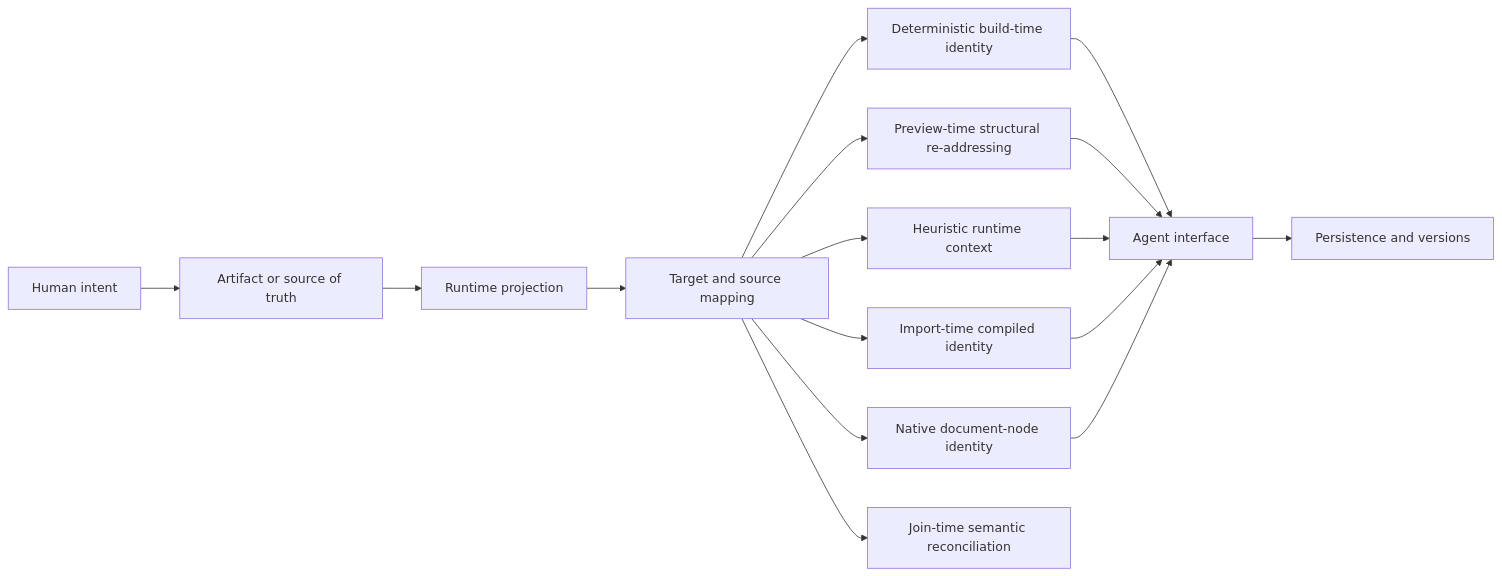
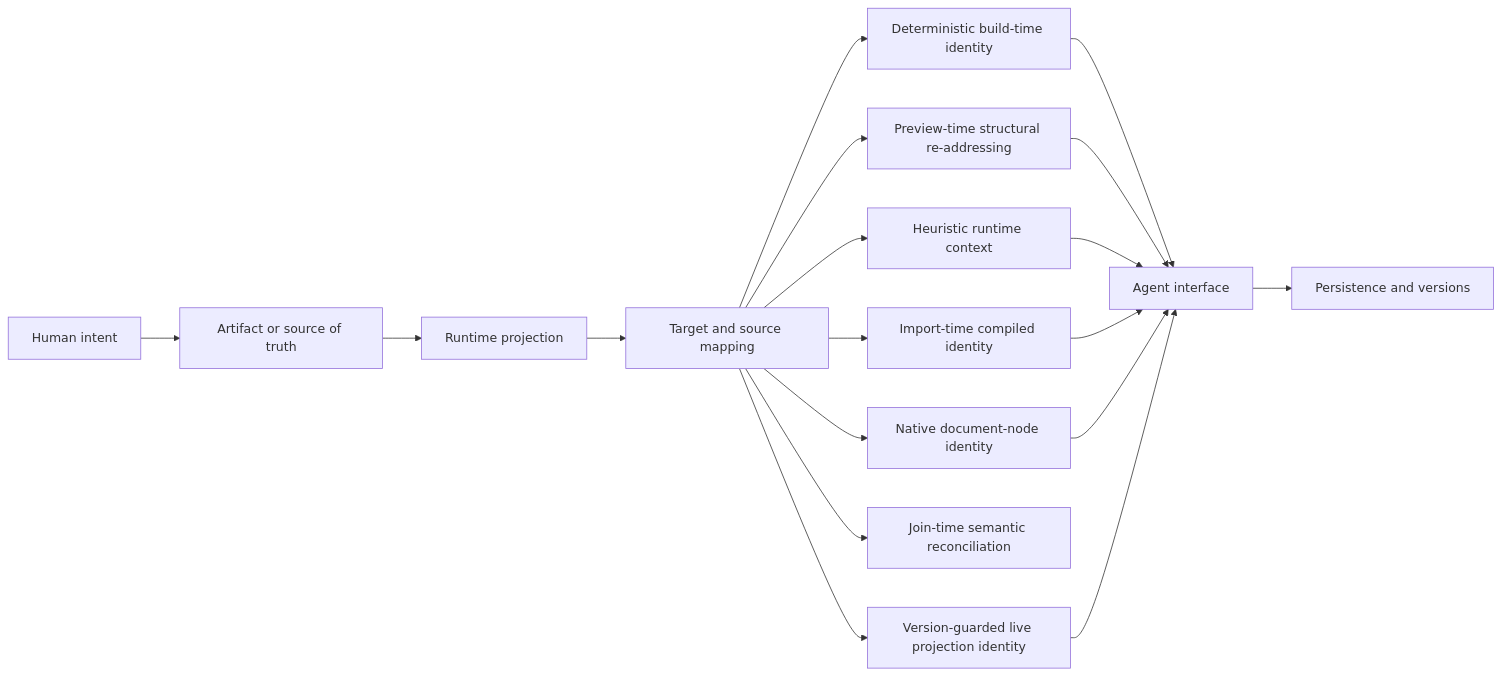
Before and after one commit to cc1024201/ai-native-design-landscape: the second of 2 diagrams in README.md, drawn with Mermaid. The commit also changed other lines of this file and 1 other file, not shown here.

````diff
--- a/README.md
+++ b/README.md
@@ -183,18 +184,20 @@
 ```mermaid
 flowchart LR
     I[Human intent] --> A[Artifact or source of truth]
     A --> R[Runtime projection]
     R --> M[Target and source mapping]
     M --> D[Deterministic build-time identity]
     M --> S[Preview-time structural re-addressing]
     M --> H[Heuristic runtime context]
     M --> C[Import-time compiled identity]
     M --> N[Native document-node identity]
     M --> J[Join-time semantic reconciliation]
+    M --> V[Version-guarded live projection identity]
     D --> X[Agent interface]
     S --> X
     H --> X
     C --> X
     N --> X
+    V --> X
     X --> P[Persistence and versions]
 ```
````
